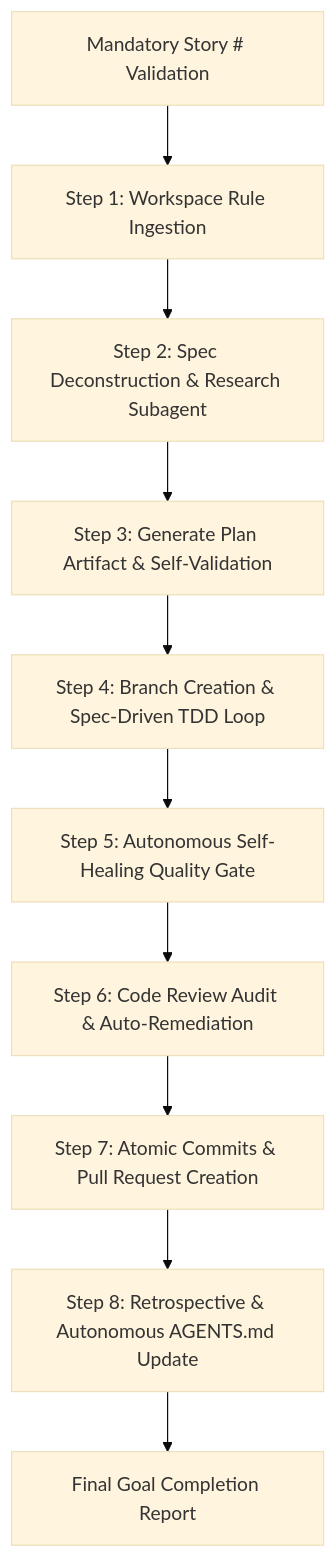
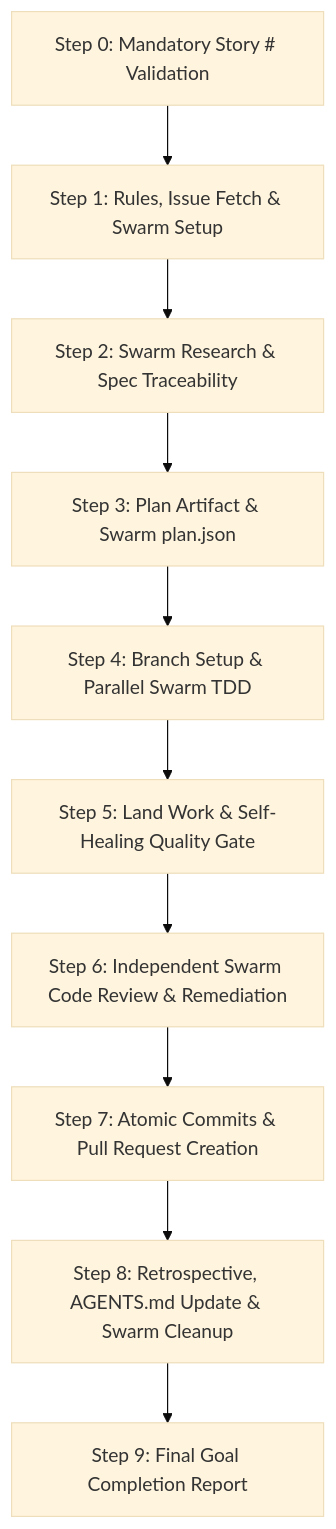
Before and after one commit to premkumar-masilamani/skills: the diagram in software/implement-github-story/SKILL.md, drawn with Mermaid (base theme). The commit also changed other lines of this file, not shown here.

Commit message:
feat(skills): update implement-github-story skill with Swarm orchestration

````diff
--- a/software/implement-github-story/SKILL.md
+++ b/software/implement-github-story/SKILL.md
@@ -18,12 +27,12 @@
 ```mermaid
 flowchart TD
-    A[Mandatory Story # Validation] --> B[Step 1: Workspace Rule Ingestion]
-    B --> C[Step 2: Spec Deconstruction & Research Subagent]
-    C --> D[Step 3: Generate Plan Artifact & Self-Validation]
-    D --> E[Step 4: Branch Creation & Spec-Driven TDD Loop]
-    E --> F[Step 5: Autonomous Self-Healing Quality Gate]
-    F --> G[Step 6: Code Review Audit & Auto-Remediation]
+    A[Step 0: Mandatory Story # Validation] --> B[Step 1: Rules, Issue Fetch & Swarm Setup]
+    B --> C[Step 2: Swarm Research & Spec Traceability]
+    C --> D[Step 3: Plan Artifact & Swarm plan.json]
+    D --> E[Step 4: Branch Setup & Parallel Swarm TDD]
+    E --> F[Step 5: Land Work & Self-Healing Quality Gate]
+    F --> G[Step 6: Independent Swarm Code Review & Remediation]
     G --> H[Step 7: Atomic Commits & Pull Request Creation]
-    H --> I[Step 8: Retrospective & Autonomous AGENTS.md Update]
-    I --> J[Final Goal Completion Report]
+    H --> I[Step 8: Retrospective, AGENTS.md Update & Swarm Cleanup]
+    I --> J[Step 9: Final Goal Completion Report]
 ```
````
